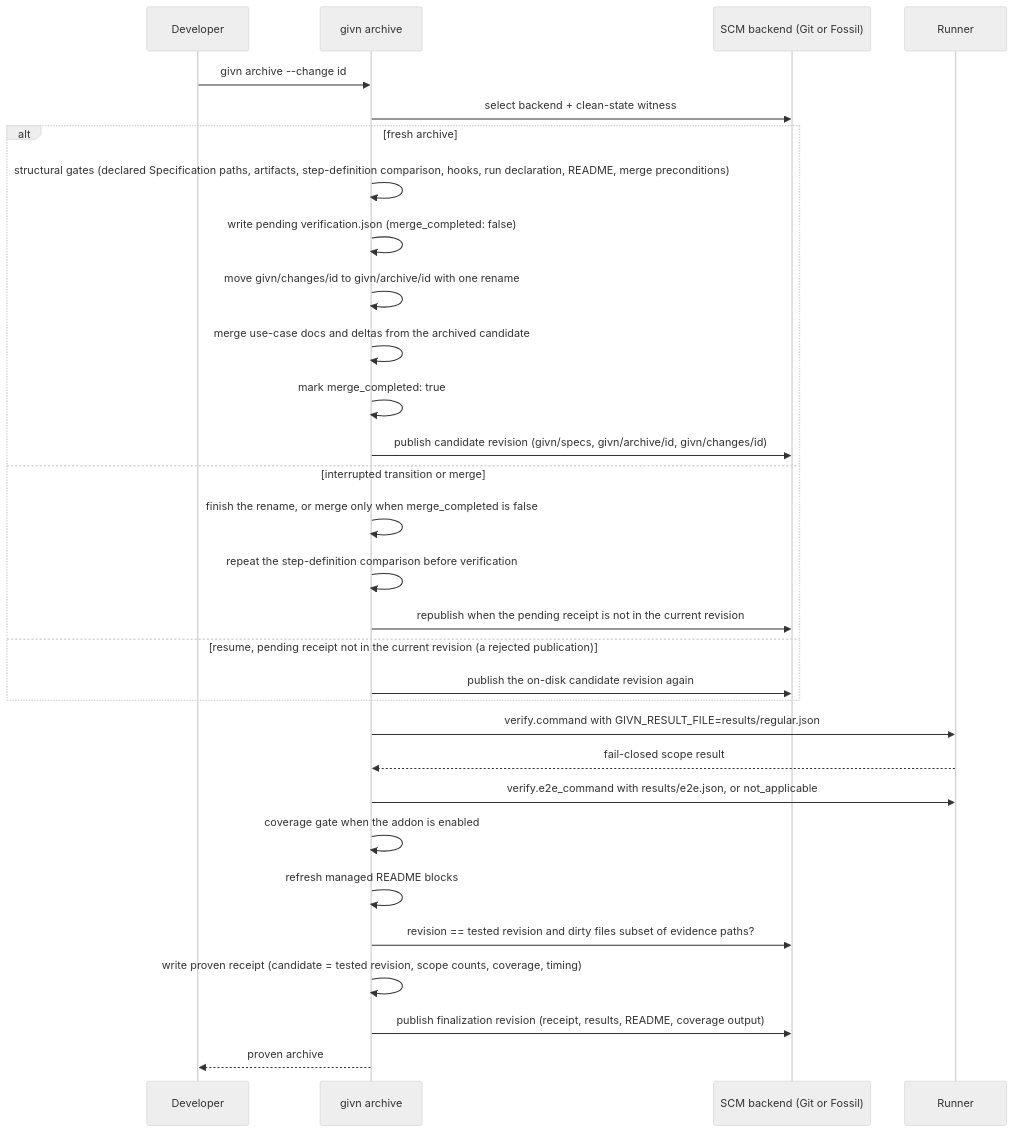
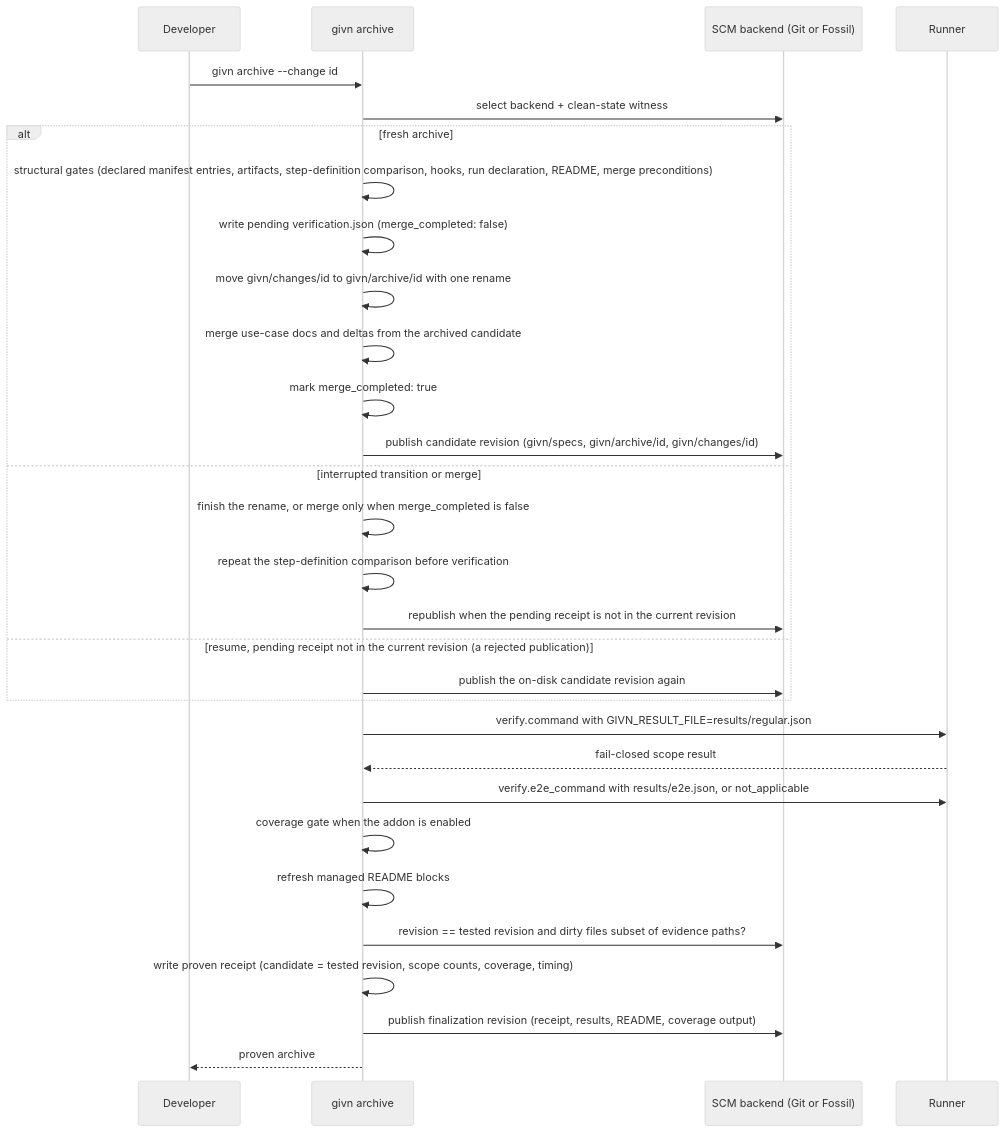
Before and after one commit to buster/givn: the second of 6 diagrams in docs/arc42/06-runtime-view.md, drawn with Mermaid (neutral theme). The commit also changed other lines of this file and 47 other files, not shown here.

````diff
--- a/docs/arc42/06-runtime-view.md
+++ b/docs/arc42/06-runtime-view.md
@@ -367,32 +367,32 @@
 ```mermaid
 sequenceDiagram
     participant D as Developer
     participant A as givn archive
     participant S as SCM backend (Git or Fossil)
     participant R as Runner
     D->>A: givn archive --change id
     A->>S: select backend + clean-state witness
     alt fresh archive
-        A->>A: structural gates (declared Specification paths, artifacts, step-definition comparison, hooks, run declaration, README, merge preconditions)
+        A->>A: structural gates (declared manifest entries, artifacts, step-definition comparison, hooks, run declaration, README, merge preconditions)
         A->>A: write pending verification.json (merge_completed: false)
         A->>A: move givn/changes/id to givn/archive/id with one rename
         A->>A: merge use-case docs and deltas from the archived candidate
         A->>A: mark merge_completed: true
         A->>S: publish candidate revision (givn/specs, givn/archive/id, givn/changes/id)
     else interrupted transition or merge
         A->>A: finish the rename, or merge only when merge_completed is false
         A->>A: repeat the step-definition comparison before verification
         A->>S: republish when the pending receipt is not in the current revision
     else resume, pending receipt not in the current revision (a rejected publication)
         A->>S: publish the on-disk candidate revision again
     end
     A->>R: verify.command with GIVN_RESULT_FILE=results/regular.json
     R-->>A: fail-closed scope result
     A->>R: verify.e2e_command with results/e2e.json, or not_applicable
     A->>A: coverage gate when the addon is enabled
     A->>A: refresh managed README blocks
     A->>S: revision == tested revision and dirty files subset of evidence paths?
     A->>A: write proven receipt (candidate = tested revision, scope counts, coverage, timing)
     A->>S: publish finalization revision (receipt, results, README, coverage output)
     A-->>D: proven archive
 ```
````
